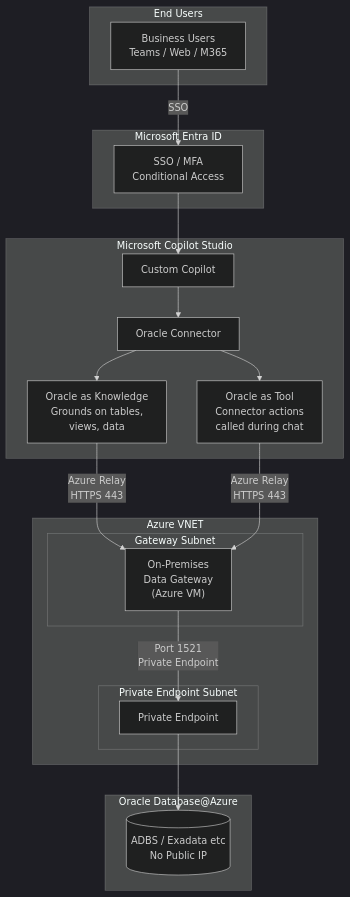
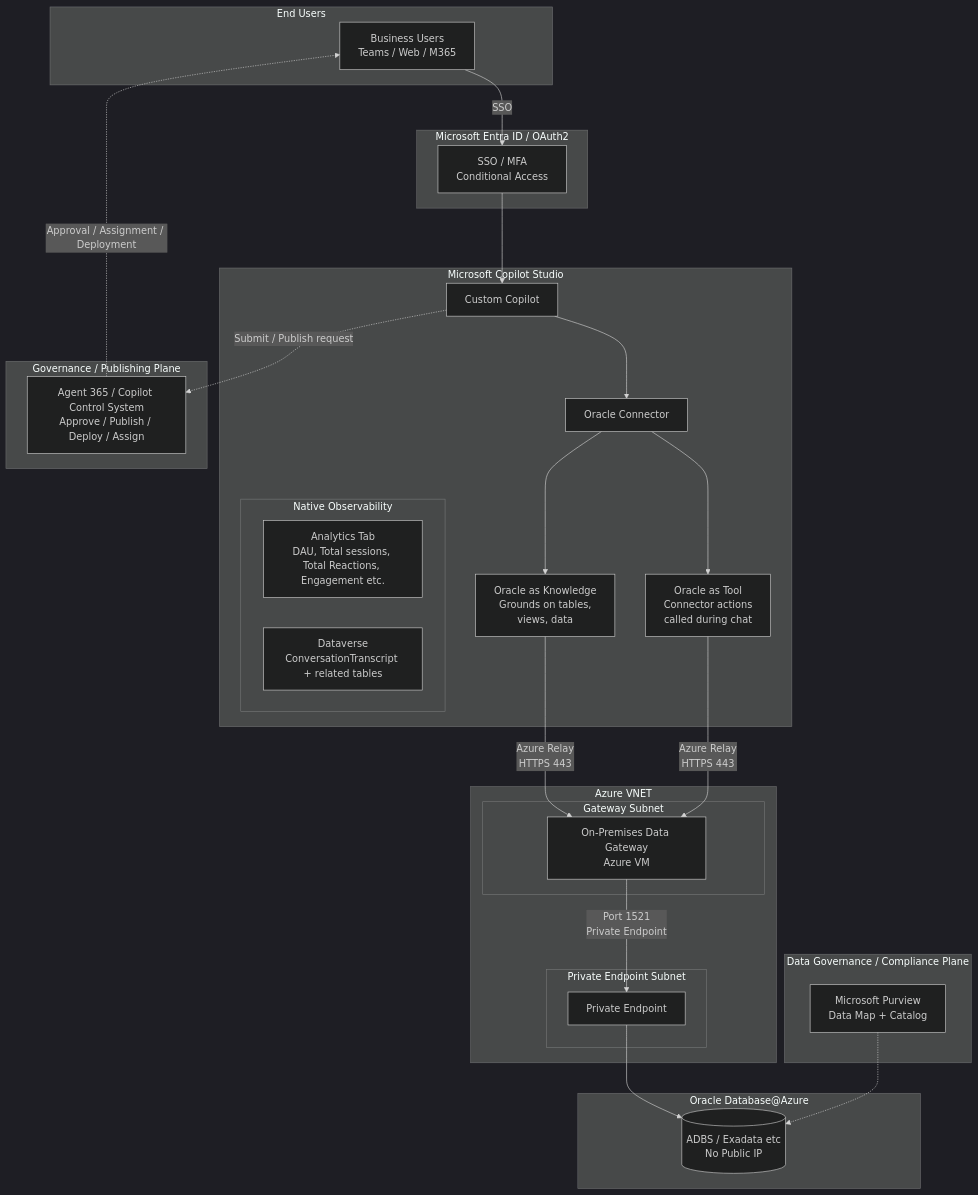
The first of 13 diagrams in docs/02-reference-architectures.md (ryellajo12/ODAA-AI-Playbook), drawn with Mermaid (dark theme) before and after one commit. The commit also changed other lines of this file, not shown here.

First line of the commit message:
Revise reference architectures for Copilot Studio

````diff
--- a/docs/02-reference-architectures.md
+++ b/docs/02-reference-architectures.md
@@ -24,40 +24,56 @@
 ```mermaid
 graph TB
-    subgraph Users["End Users"]
-        BU["Business Users<br/>Teams / Web / M365"]
+    subgraph Users[End Users]
+        BU[Business Users<br/>Teams / Web / M365]
     end
 
-    subgraph EntraID["Microsoft Entra ID"]
-        AUTH["SSO / MFA<br/>Conditional Access"]
+    subgraph EntraID[Microsoft Entra ID / OAuth2]
+        AUTH[SSO / MFA<br/>Conditional Access]
     end
 
-    subgraph CS["Microsoft Copilot Studio"]
-        COP["Custom Copilot"]
-        C["Oracle Connector"]
-        K["Oracle as Knowledge<br/>Grounds on tables,<br/>views, data"]
-        T["Oracle as Tool<br/>Connector actions<br/>called during chat"]
-    end
-
-    subgraph VNET["Azure VNET"]
-        subgraph GWSub["Gateway Subnet"]
-            GATEWAY["On-Premises<br/>Data Gateway<br/>(Azure VM)"]
-        end
-        subgraph PESub["Private Endpoint Subnet"]
-            PE["Private Endpoint"]
+    subgraph CS[Microsoft Copilot Studio]
+        COP[Custom Copilot]
+        C[Oracle Connector]
+        K[Oracle as Knowledge<br/>Grounds on tables,<br/>views, data]
+        T[Oracle as Tool<br/>Connector actions<br/>called during chat]
+        subgraph OBS[Native Observability]
+            AN[Analytics Tab<br/>DAU, Total sessions, Total Reactions, Engagement etc.]
+            DV[Dataverse<br/>ConversationTranscript + related tables]
         end
     end
 
-    subgraph ODA["Oracle Database@Azure"]
-        DB[("ADBS / Exadata etc<br/>No Public IP")]
+    subgraph PURV[Data Governance / Compliance Plane]
+        PURVIEW[Microsoft Purview<br/>Data Map + Catalog]
+    end
+
+    subgraph GOV[Governance / Publishing Plane]
+        A365[Agent 365 / Copilot Control System<br/>Approve / Publish / Deploy / Assign]
+    end
+
+    subgraph VNET[Azure VNET]
+        subgraph GWSub[Gateway Subnet]
+            GATEWAY[On-Premises Data Gateway<br/>Azure VM]
+        end
+        subgraph PESub[Private Endpoint Subnet]
+            PE[Private Endpoint]
+        end
+    end
+
+    subgraph ODA[Oracle Database@Azure]
+        DB[(ADBS / Exadata etc<br/>No Public IP)]
     end
 
     BU -->|SSO| AUTH
     AUTH --> COP
     COP --> C
     C --> K
     C --> T
     K -->|Azure Relay<br/>HTTPS 443| GATEWAY
     T -->|Azure Relay<br/>HTTPS 443| GATEWAY
     GATEWAY -->|Port 1521<br/>Private Endpoint| PE
     PE --> DB
+
+    COP -.->|Submit / Publish request| A365
+    A365 -.->|Approval / Assignment / Deployment| BU
+    PURVIEW -.-> DB
 ```
````
